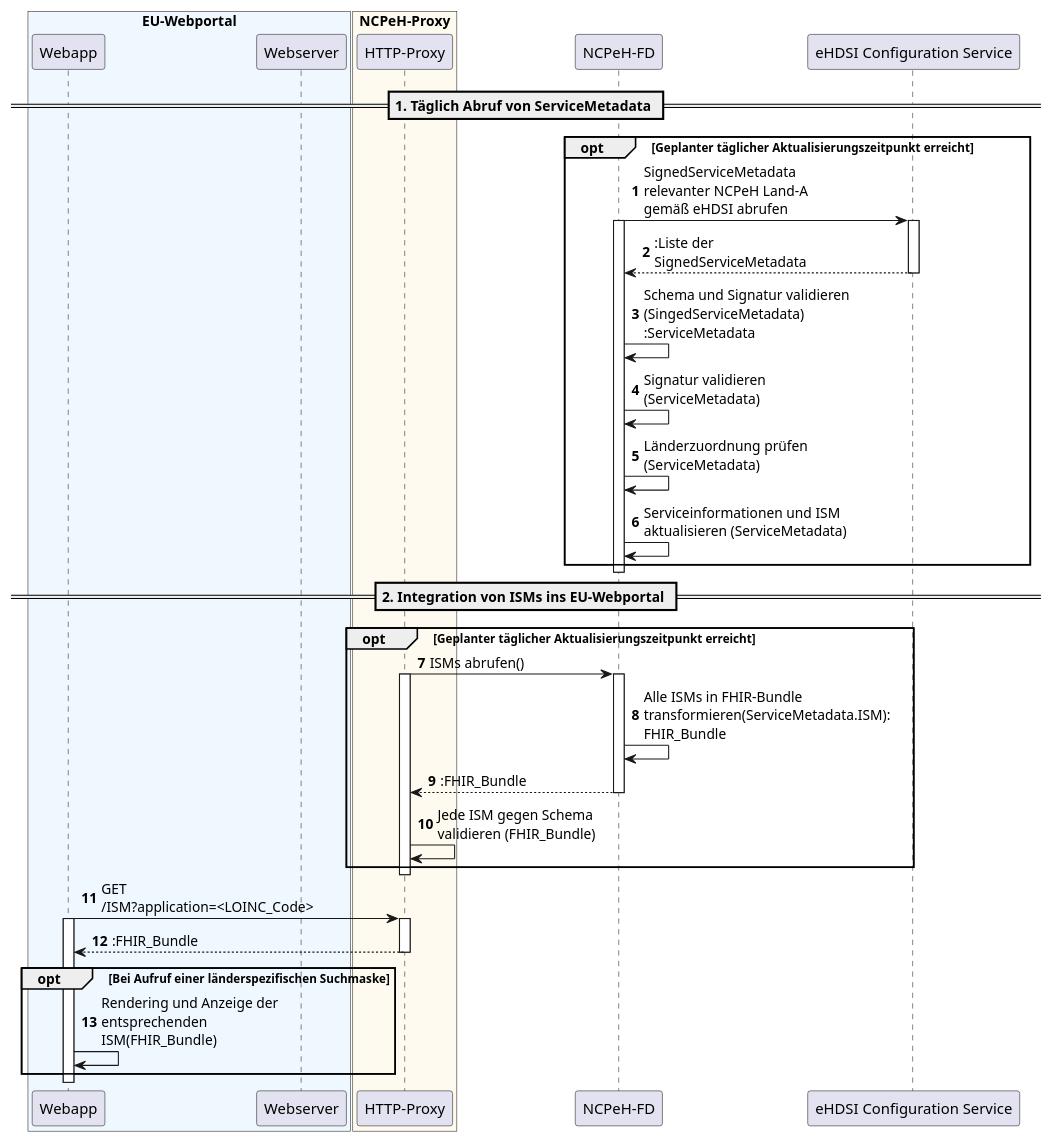
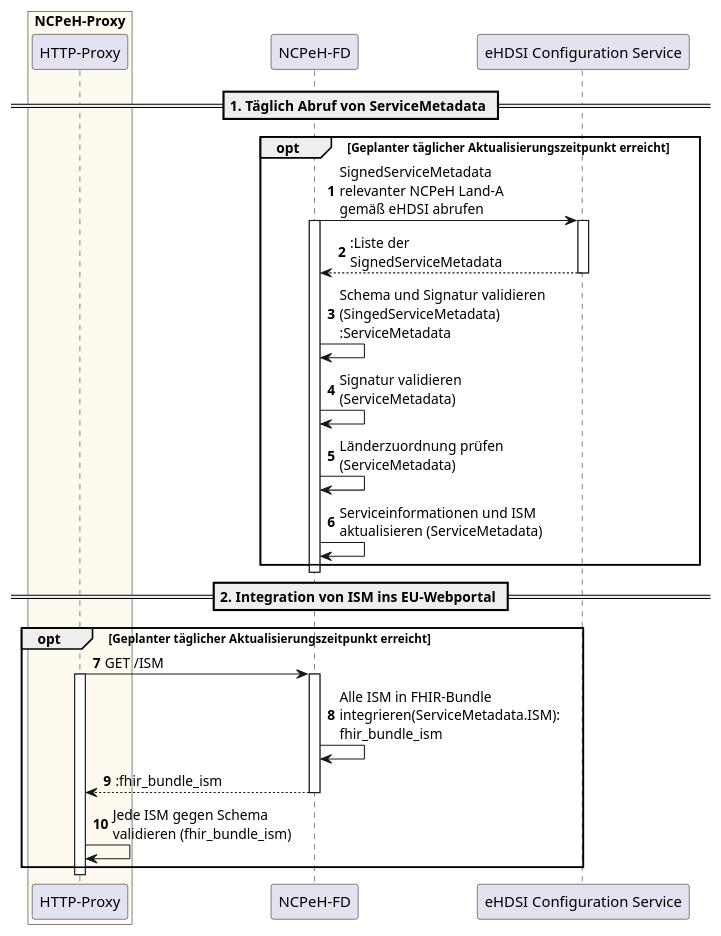
One commit to gematik/api-ncpeh changed the diagram in src/images/eped-b/functional/ISM_bereitstellen.puml. Above: the diagram before and after it, drawn with PlantUML. The commit also changed 2 other files, not shown here.

```diff
--- a/src/images/eped-b/functional/ISM_bereitstellen.puml
+++ b/src/images/eped-b/functional/ISM_bereitstellen.puml
@@ -1,61 +1,42 @@
 @startuml ISM bereiststellen
 
 skinparam maxMessageSize 200
 autonumber
-
- 
-'participant "__EU-Webportal__\n(Webserver)" as Webportal
-
-box "EU-Webportal" #AliceBlue
-    participant "Webapp" as WebApp
-    participant "Webserver" as Webserver
-end box
 
 box "NCPeH-Proxy" #FloralWhite
     participant "HTTP-Proxy" as Proxy
 end box
 participant "NCPeH-FD" as NCPeH
 participant "eHDSI Configuration Service" as ConfServ
 
 == 1. Täglich Abruf von ServiceMetadata ==
 opt Geplanter täglicher Aktualisierungszeitpunkt erreicht
     NCPeH -> ConfServ: SignedServiceMetadata relevanter NCPeH Land-A gemäß eHDSI abrufen
     activate NCPeH 
     activate ConfServ
 
     ConfServ --> NCPeH: :Liste der SignedServiceMetadata
     deactivate ConfServ
 
     NCPeH -> NCPeH: Schema und Signatur validieren (SingedServiceMetadata) :ServiceMetadata
     NCPeH -> NCPeH: Signatur validieren (ServiceMetadata)
     NCPeH -> NCPeH: Länderzuordnung prüfen (ServiceMetadata)
     NCPeH -> NCPeH: Serviceinformationen und ISM aktualisieren (ServiceMetadata)
 end
 deactivate NCPeH
 
-== 2. Integration von ISMs ins EU-Webportal ==
+== 2. Integration von ISM ins EU-Webportal ==
 opt Geplanter täglicher Aktualisierungszeitpunkt erreicht
     
     
-    Proxy -> NCPeH: ISMs abrufen()
+    Proxy -> NCPeH: GET /ISM
     activate Proxy
     activate NCPeH
-    NCPeH -> NCPeH: Alle ISMs in FHIR-Bundle transformieren(ServiceMetadata.ISM): FHIR_Bundle
-    NCPeH --> Proxy: :FHIR_Bundle
+    NCPeH -> NCPeH: Alle ISM in FHIR-Bundle integrieren(ServiceMetadata.ISM): fhir_bundle_ism
+    NCPeH --> Proxy: :fhir_bundle_ism
     deactivate NCPeH
-    Proxy -> Proxy: Jede ISM gegen Schema validieren (FHIR_Bundle)
+    Proxy -> Proxy: Jede ISM gegen Schema validieren (fhir_bundle_ism)
 end
 deactivate Proxy
 
-WebApp -> Proxy: GET /ISM?application=<LOINC_Code>
-activate WebApp
-activate Proxy
-Proxy --> WebApp: :FHIR_Bundle
-deactivate Proxy
-    
-opt Bei Aufruf einer länderspezifischen Suchmaske
-    WebApp -> WebApp: Rendering und Anzeige der entsprechenden ISM(FHIR_Bundle)
-end
-
-
 @enduml
```
